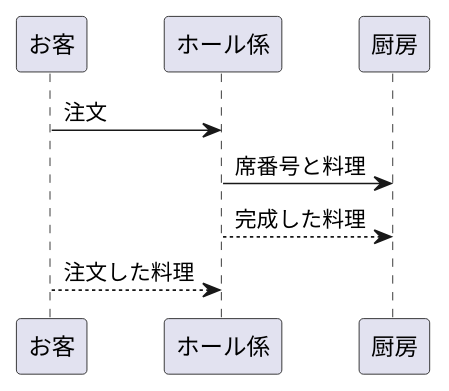
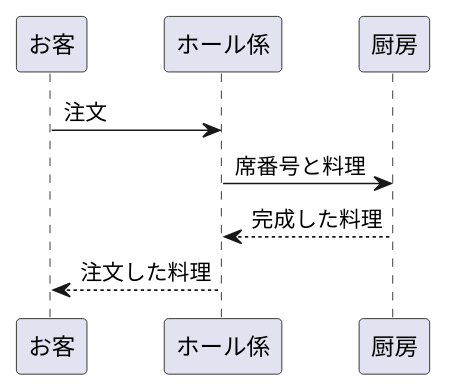
Before and after one commit to Aso2001137/2021sys-design: the diagram in test2.md, drawn with PlantUML.

````diff
--- a/test2.md
+++ b/test2.md
@@ -1,8 +1,8 @@
 ```uml
 @startuml
 お客->ホール係:注文
 ホール係->厨房:席番号と料理
-厨房<--ホール係:完成した料理
-ホール係<--お客:注文した料理
+ホール係<--厨房:完成した料理
+お客<--ホール係:注文した料理
 @enduml
 ```
````
